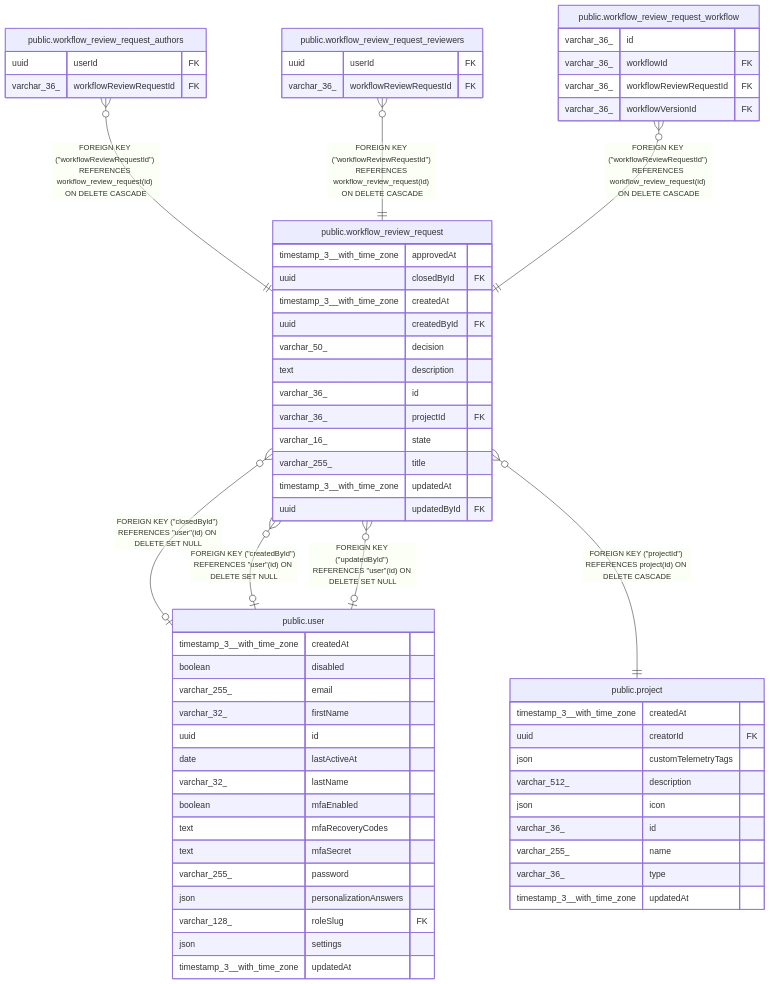
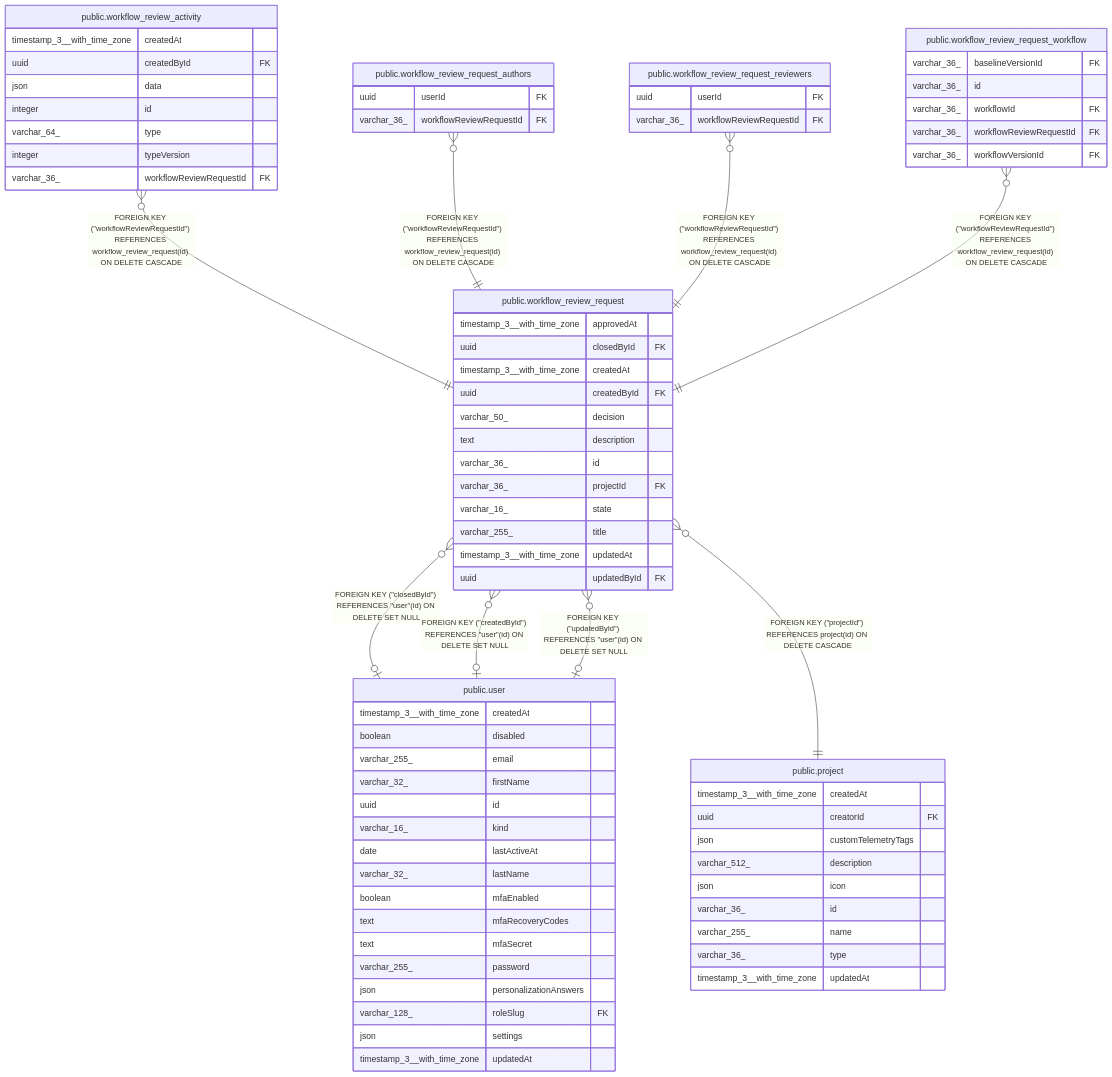
The diagram in n8n_integration/n8n_source/docs/generated/postgres-schema/public.workflow_review_request.md (koreatest12/studys), drawn with Mermaid before and after one commit. The commit also changed other lines of this file and 23019 other files, not shown here.

````diff
--- a/n8n_integration/n8n_source/docs/generated/postgres-schema/public.workflow_review_request.md
+++ b/n8n_integration/n8n_source/docs/generated/postgres-schema/public.workflow_review_request.md
@@ -48,68 +48,80 @@
 ```mermaid
 erDiagram
 
 "public.workflow_review_request" }o--o| "public.user" : "FOREIGN KEY (#quot;closedById#quot;) REFERENCES #quot;user#quot;(id) ON DELETE SET NULL"
 "public.workflow_review_request" }o--o| "public.user" : "FOREIGN KEY (#quot;createdById#quot;) REFERENCES #quot;user#quot;(id) ON DELETE SET NULL"
+"public.workflow_review_activity" }o--|| "public.workflow_review_request" : "FOREIGN KEY (#quot;workflowReviewRequestId#quot;) REFERENCES workflow_review_request(id) ON DELETE CASCADE"
 "public.workflow_review_request_authors" }o--|| "public.workflow_review_request" : "FOREIGN KEY (#quot;workflowReviewRequestId#quot;) REFERENCES workflow_review_request(id) ON DELETE CASCADE"
 "public.workflow_review_request_reviewers" }o--|| "public.workflow_review_request" : "FOREIGN KEY (#quot;workflowReviewRequestId#quot;) REFERENCES workflow_review_request(id) ON DELETE CASCADE"
 "public.workflow_review_request_workflow" }o--|| "public.workflow_review_request" : "FOREIGN KEY (#quot;workflowReviewRequestId#quot;) REFERENCES workflow_review_request(id) ON DELETE CASCADE"
 "public.workflow_review_request" }o--|| "public.project" : "FOREIGN KEY (#quot;projectId#quot;) REFERENCES project(id) ON DELETE CASCADE"
 "public.workflow_review_request" }o--o| "public.user" : "FOREIGN KEY (#quot;updatedById#quot;) REFERENCES #quot;user#quot;(id) ON DELETE SET NULL"
 
 "public.workflow_review_request" {
   timestamp_3__with_time_zone approvedAt
   uuid closedById FK
   timestamp_3__with_time_zone createdAt
   uuid createdById FK
   varchar_50_ decision
   text description
   varchar_36_ id
   varchar_36_ projectId FK
   varchar_16_ state
   varchar_255_ title
   timestamp_3__with_time_zone updatedAt
   uuid updatedById FK
 }
 "public.user" {
   timestamp_3__with_time_zone createdAt
   boolean disabled
   varchar_255_ email
   varchar_32_ firstName
   uuid id
+  varchar_16_ kind
   date lastActiveAt
   varchar_32_ lastName
   boolean mfaEnabled
   text mfaRecoveryCodes
   text mfaSecret
   varchar_255_ password
   json personalizationAnswers
   varchar_128_ roleSlug FK
   json settings
   timestamp_3__with_time_zone updatedAt
 }
+"public.workflow_review_activity" {
+  timestamp_3__with_time_zone createdAt
+  uuid createdById FK
+  json data
+  integer id
+  varchar_64_ type
+  integer typeVersion
+  varchar_36_ workflowReviewRequestId FK
+}
 "public.workflow_review_request_authors" {
   uuid userId FK
   varchar_36_ workflowReviewRequestId FK
 }
 "public.workflow_review_request_reviewers" {
   uuid userId FK
   varchar_36_ workflowReviewRequestId FK
 }
 "public.workflow_review_request_workflow" {
+  varchar_36_ baselineVersionId FK
   varchar_36_ id
   varchar_36_ workflowId FK
   varchar_36_ workflowReviewRequestId FK
   varchar_36_ workflowVersionId FK
 }
 "public.project" {
   timestamp_3__with_time_zone createdAt
   uuid creatorId FK
   json customTelemetryTags
   varchar_512_ description
   json icon
   varchar_36_ id
   varchar_255_ name
   varchar_36_ type
   timestamp_3__with_time_zone updatedAt
 }
 ```
````
